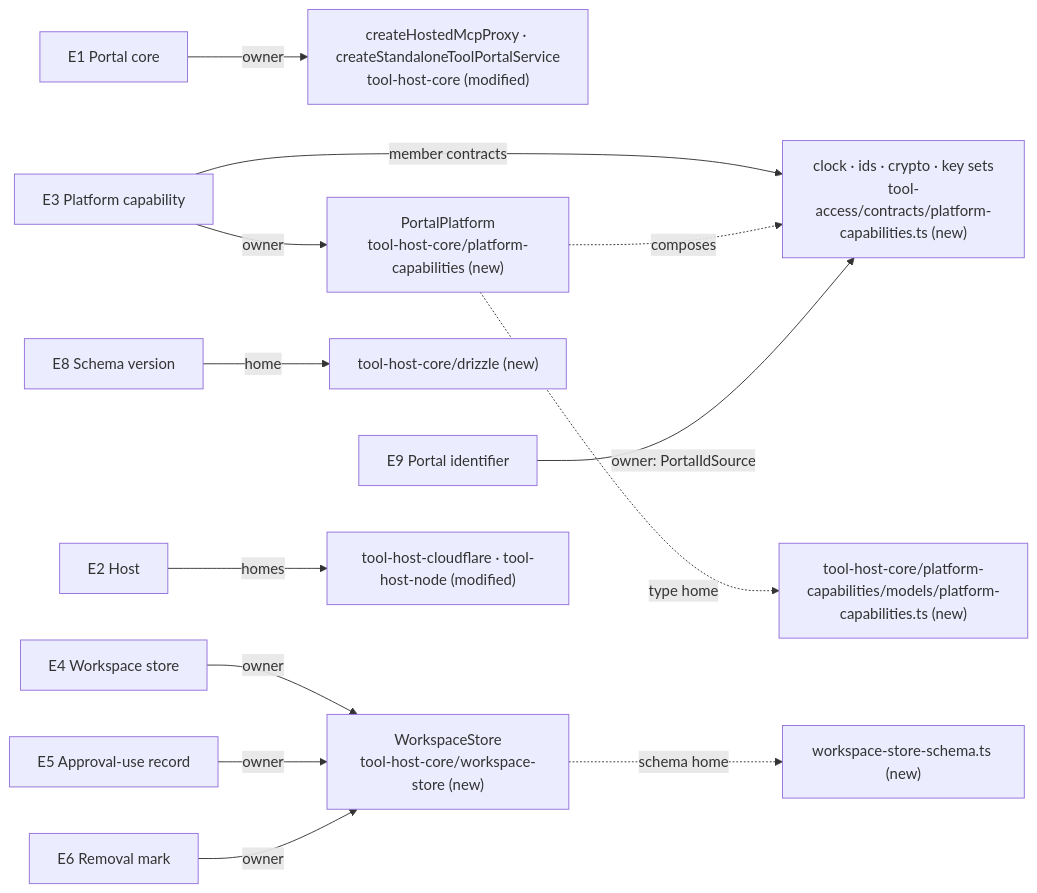
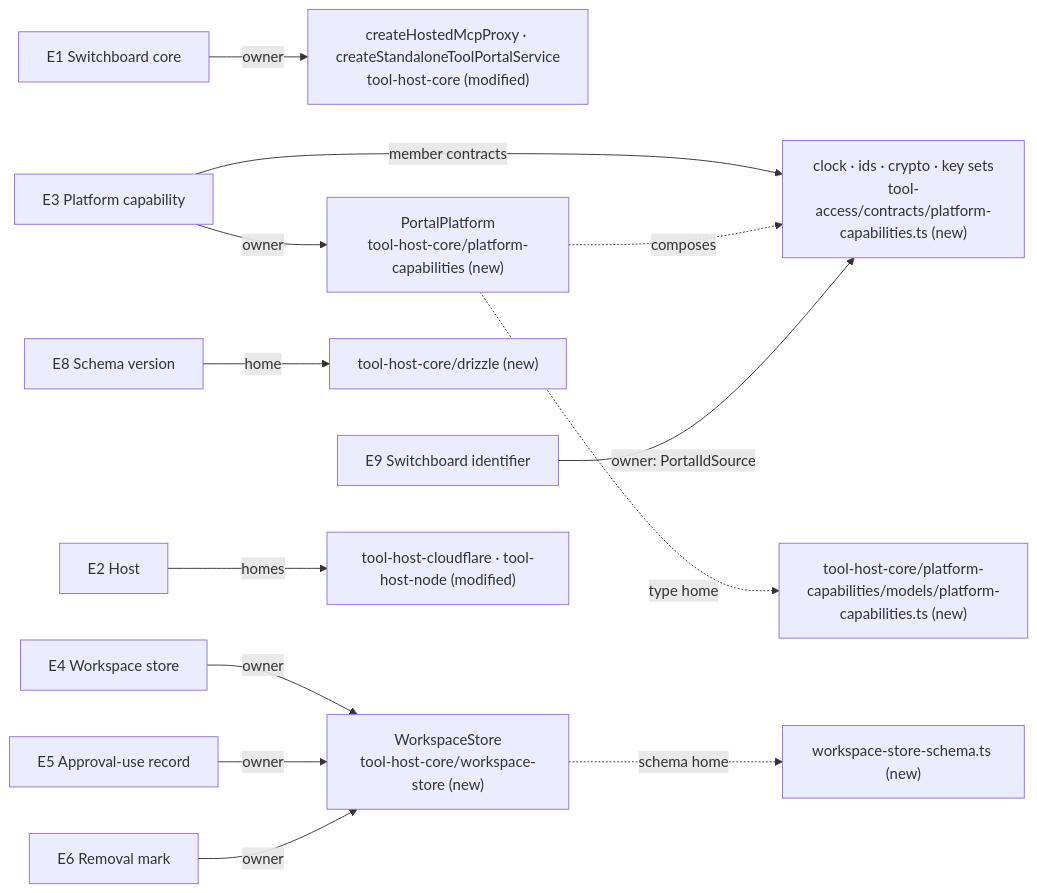
The second of 5 diagrams in docs/specs/2026-10-24-tool-portal-remediation/program-design.md (ShravanSunder/agent-vm), drawn with Mermaid before and after one commit. The commit also changed other lines of this file and 61 other files, not shown here.

Commit message:
OD12 decided (owner, 2026-10-28): the Tool Portal is named Switchboard across the current design sets and pages; code spans, quotes and older documents unchanged; renamed heading anchors and an old remediation link repaired

````diff
--- a/docs/specs/2026-10-24-tool-portal-remediation/program-design.md
+++ b/docs/specs/2026-10-24-tool-portal-remediation/program-design.md
@@ -90,15 +90,15 @@
 ```mermaid
 flowchart LR
-  E1["E1 Portal core"] -->|owner| ROOT["createHostedMcpProxy · createStandaloneToolPortalService<br/>tool-host-core (modified)"]
+  E1["E1 Switchboard core"] -->|owner| ROOT["createHostedMcpProxy · createStandaloneToolPortalService<br/>tool-host-core (modified)"]
   E3["E3 Platform capability"] -->|owner| PP["PortalPlatform<br/>tool-host-core/platform-capabilities (new)"]
   E3 -->|member contracts| CC["clock · ids · crypto · key sets<br/>tool-access/contracts/platform-capabilities.ts (new)"]
   PP -.->|composes| CC
   E4["E4 Workspace store"] -->|owner| WS["WorkspaceStore<br/>tool-host-core/workspace-store (new)"]
   E5["E5 Approval-use record"] -->|owner| WS
   E6["E6 Removal mark"] -->|owner| WS
   E8["E8 Schema version"] -->|home| DK["tool-host-core/drizzle (new)"]
-  E9["E9 Portal identifier"] -->|owner: PortalIdSource| CC
+  E9["E9 Switchboard identifier"] -->|owner: PortalIdSource| CC
   E2["E2 Host"] -->|homes| H["tool-host-cloudflare · tool-host-node (modified)"]
   WS -.->|schema home| SCH["workspace-store-schema.ts (new)"]
   PP -.->|type home| PPT["tool-host-core/platform-capabilities/models/platform-capabilities.ts (new)"]
 ```
````
